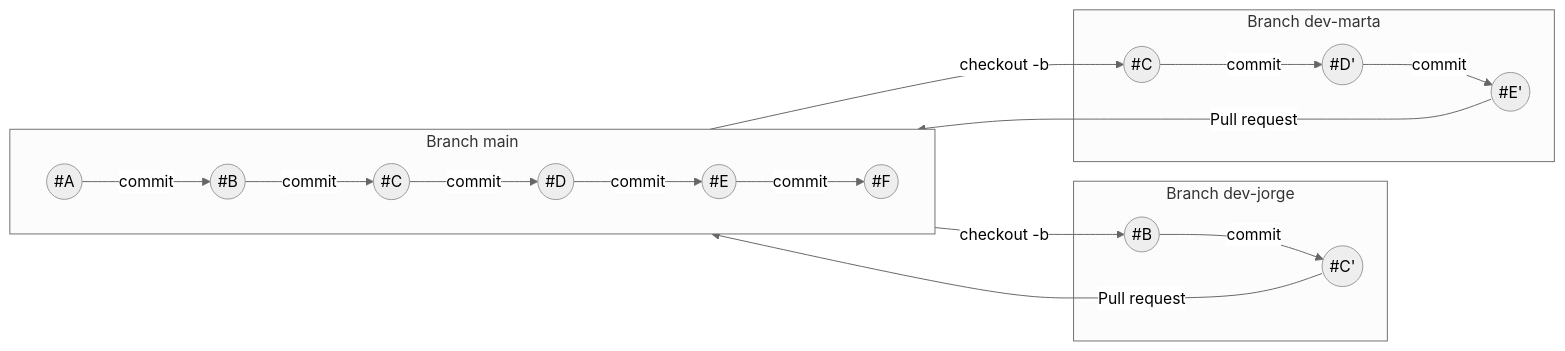
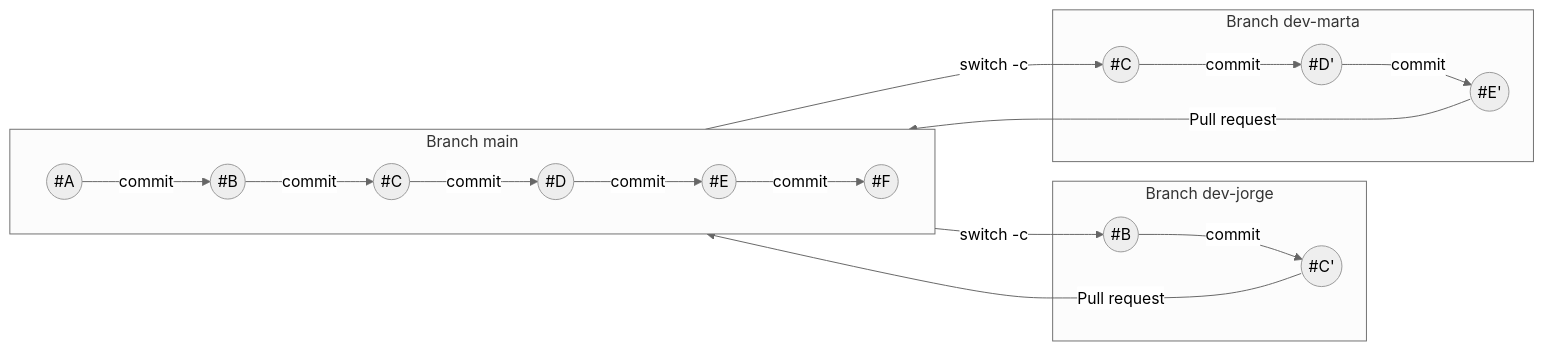
One commit to charlstown/ai-applied-education changed the third of 3 diagrams in docs/program/unit-1/11-introduction-to-github-and-notebooks.md. Above: the diagram before and after it, drawn with Mermaid (neutral theme). The commit also changed other lines of this file, not shown here.

````diff
--- a/docs/program/unit-1/11-introduction-to-github-and-notebooks.md
+++ b/docs/program/unit-1/11-introduction-to-github-and-notebooks.md
@@ -88,22 +88,22 @@
 ``` mermaid
 graph LR
     subgraph "Branch main"
     direction LR
     A(("#A")) -->|commit| B(("#B"));
     B -->|commit| C(("#C"));
     C -->|commit| D(("#D"));
     D -->|commit| E(("#E"));
     E -->|commit| F(("#F"));
     end
-    C -->|"checkout -b"| B2C;
+    C -->|"switch -c"| B2C;
     B2E -->|Pull request| E;
     subgraph "Branch dev-jorge"
     B1B(("#B")) -->|commit| B1C(("#C'"));
     end
     subgraph "Branch dev-marta"
     B2C(("#C")) -->|commit| B2D(("#D'"));
     B2D -->|commit| B2E(("#E'"));
     end
-    B -->|"checkout -b"| B1B;
+    B -->|"switch -c"| B1B;
     B1C -->|Pull request| D;
 ```
````
